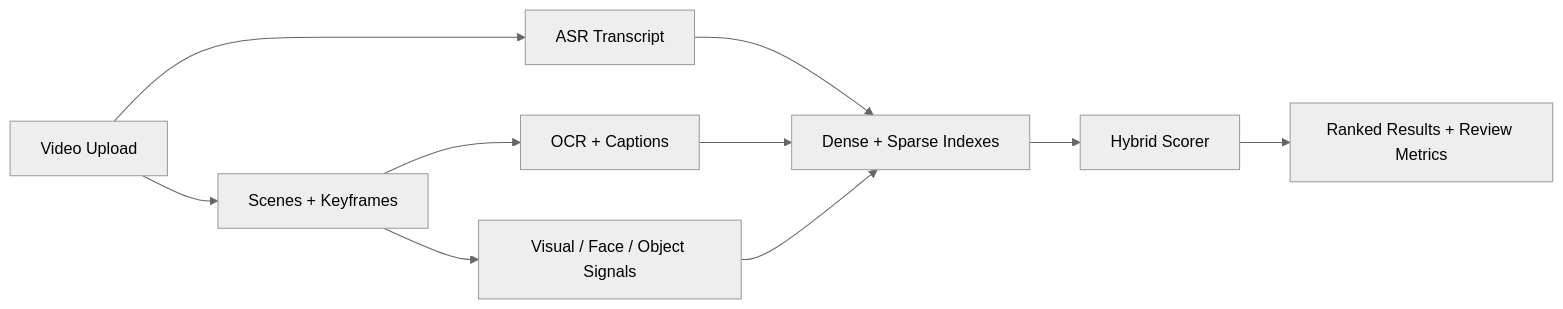
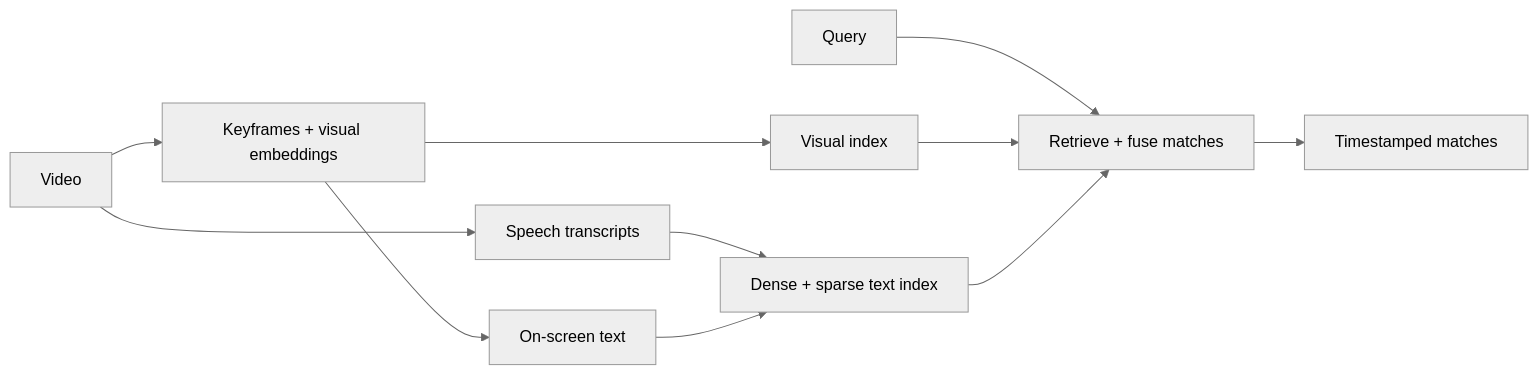
One commit to zack-dev-cm/zack-dev-cm.github.io changed the diagram in projects/multimodal-video-search-platform.md. Above: the diagram before and after it, drawn with Mermaid (neutral theme). The commit also changed other lines of this file and 494 other files, not shown here.

````diff
--- a/projects/multimodal-video-search-platform.md
+++ b/projects/multimodal-video-search-platform.md
@@ -37,12 +35,13 @@
 ```mermaid
 flowchart LR
-  Upload["Video Upload"] --> Frames["Scenes + Keyframes"]
-  Upload --> ASR["ASR Transcript"]
-  Frames --> OCR["OCR + Captions"]
-  Frames --> Visual["Visual / Face / Object Signals"]
-  ASR --> Index["Dense + Sparse Indexes"]
-  OCR --> Index
-  Visual --> Index
-  Index --> Rank["Hybrid Scorer"]
-  Rank --> Results["Ranked Results + Review Metrics"]
+  Video["Video"] --> Frames["Keyframes + visual embeddings"]
+  Video --> ASR["Speech transcripts"]
+  Frames --> OCR["On-screen text"]
+  Frames --> VisualIndex["Visual index"]
+  ASR --> TextIndex["Dense + sparse text index"]
+  OCR --> TextIndex
+  Query["Query"] --> Retrieve["Retrieve + fuse matches"]
+  VisualIndex --> Retrieve
+  TextIndex --> Retrieve
+  Retrieve --> Results["Timestamped matches"]
 ```
````
